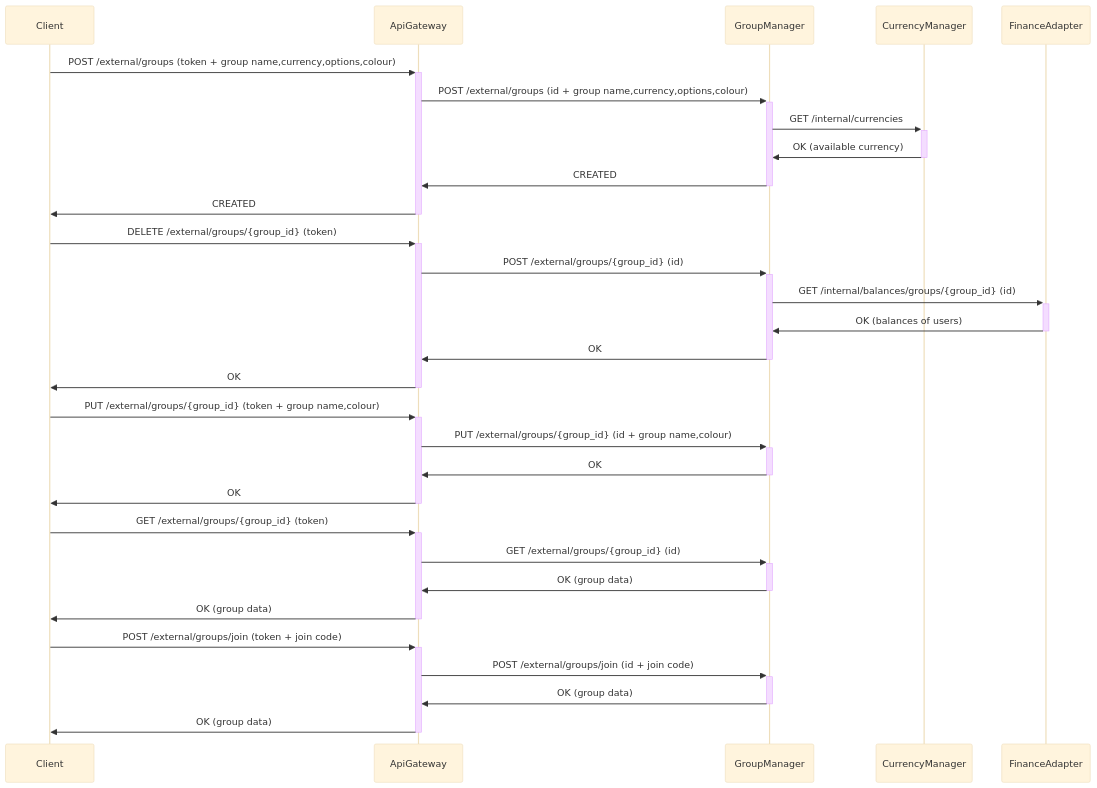
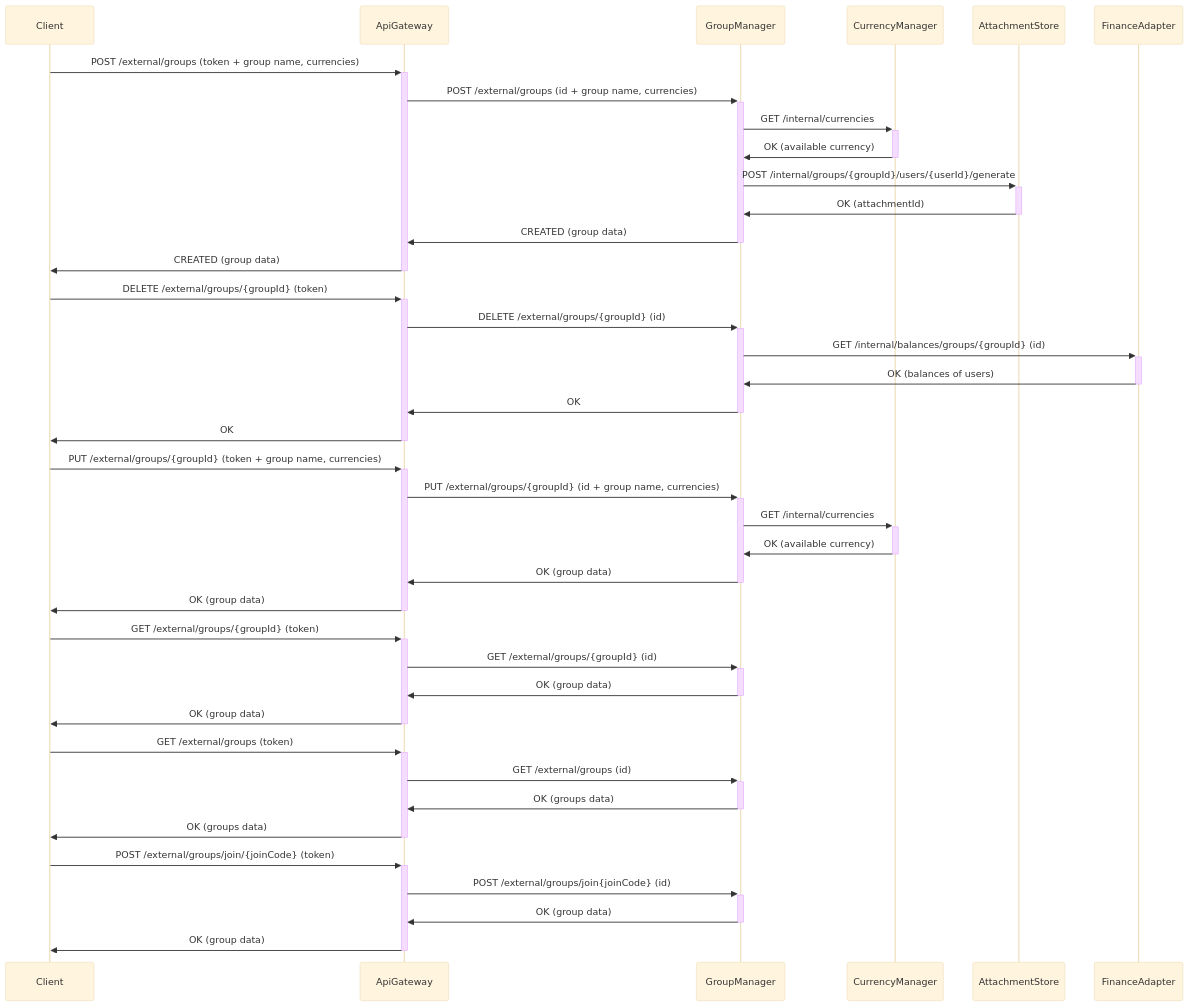
The fifth of 11 diagrams in docs/diagrams.md (Group-Expense-Manager/gem-docs), drawn with Mermaid (base theme) before and after one commit. The commit also changed other lines of this file and 1 other file, not shown here.

Commit message:
updated flow diagrams & database classes

````diff
--- a/docs/diagrams.md
+++ b/docs/diagrams.md
@@ -178,32 +196,41 @@
-``` mermaid
+```mermaid
 sequenceDiagram
 
-Client->>+ApiGateway: POST /external/groups (token + group name,currency,options,colour)
-ApiGateway->>+GroupManager:  POST /external/groups (id + group name,currency,options,colour)
+Client->>+ApiGateway: POST /external/groups (token + group name, currencies)
+ApiGateway->>+GroupManager:  POST /external/groups (id + group name, currencies)
 GroupManager->>+CurrencyManager: GET /internal/currencies
 CurrencyManager->>-GroupManager: OK (available currency)
-GroupManager->>-ApiGateway: CREATED
-ApiGateway->>-Client: CREATED
+GroupManager->>+AttachmentStore: POST /internal/groups/{groupId}/users/{userId}/generate
+AttachmentStore->>-GroupManager: OK (attachmentId)
+GroupManager->>-ApiGateway: CREATED (group data)
+ApiGateway->>-Client: CREATED (group data)
 
-Client->>+ApiGateway: DELETE /external/groups/{group_id} (token)
-ApiGateway->>+GroupManager:  POST /external/groups/{group_id} (id)
-GroupManager->>+FinanceAdapter: GET /internal/balances/groups/{group_id} (id)
+Client->>+ApiGateway: DELETE /external/groups/{groupId} (token)
+ApiGateway->>+GroupManager:  DELETE /external/groups/{groupId} (id)
+GroupManager->>+FinanceAdapter: GET /internal/balances/groups/{groupId} (id)
 FinanceAdapter->>-GroupManager: OK (balances of users)
 GroupManager->>-ApiGateway: OK
 ApiGateway->>-Client: OK
 
-Client->>+ApiGateway: PUT /external/groups/{group_id} (token + group name,colour)
-ApiGateway->>+GroupManager:  PUT /external/groups/{group_id} (id + group name,colour)
-GroupManager->>-ApiGateway: OK
-ApiGateway->>-Client: OK
-
-Client->>+ApiGateway: GET /external/groups/{group_id} (token)
-ApiGateway->>+GroupManager:  GET /external/groups/{group_id} (id)
+Client->>+ApiGateway: PUT /external/groups/{groupId} (token + group name, currencies)
+ApiGateway->>+GroupManager:  PUT /external/groups/{groupId} (id + group name, currencies)
+GroupManager->>+CurrencyManager: GET /internal/currencies
+CurrencyManager->>-GroupManager: OK (available currency)
 GroupManager->>-ApiGateway: OK (group data)
 ApiGateway->>-Client: OK (group data)
 
-Client->>+ApiGateway: POST /external/groups/join (token + join code)
-ApiGateway->>+GroupManager:  POST /external/groups/join (id + join code)
+Client->>+ApiGateway: GET /external/groups/{groupId} (token)
+ApiGateway->>+GroupManager:  GET /external/groups/{groupId} (id)
+GroupManager->>-ApiGateway: OK (group data)
+ApiGateway->>-Client: OK (group data)
+
+Client->>+ApiGateway: GET /external/groups (token)
+ApiGateway->>+GroupManager:  GET /external/groups (id)
+GroupManager->>-ApiGateway: OK (groups data)
+ApiGateway->>-Client: OK (groups data)
+
+Client->>+ApiGateway: POST /external/groups/join/{joinCode} (token)
+ApiGateway->>+GroupManager:  POST /external/groups/join{joinCode}  (id)
 GroupManager->>-ApiGateway: OK (group data)
 ApiGateway->>-Client: OK (group data)
 ```
````
